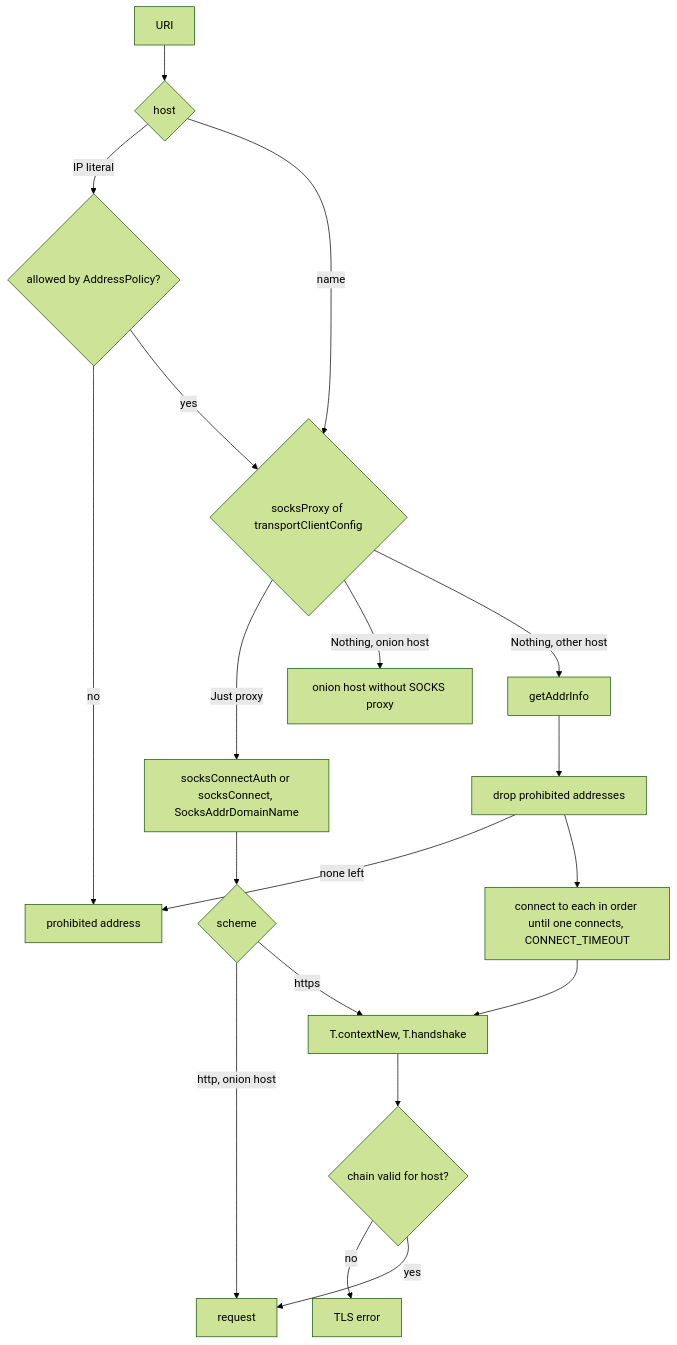
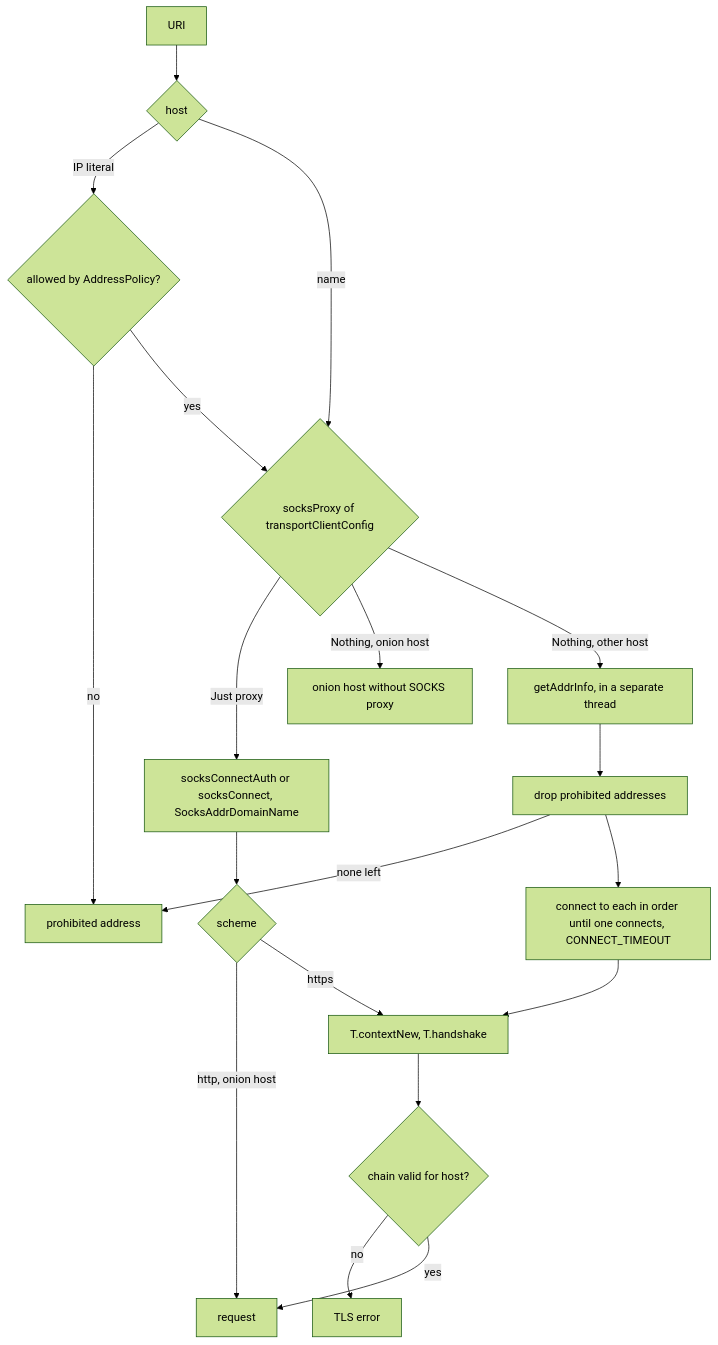
The fourth of 9 diagrams in plans/2026-11-21-link-previews-core.md (simplex-chat/simplex-chat), drawn with Mermaid (forest theme) before and after one commit. The commit also changed other lines of this file and 1 other file, not shown here.

````diff
--- a/plans/2026-11-21-link-previews-core.md
+++ b/plans/2026-11-21-link-previews-core.md
@@ -209,21 +209,21 @@
 ```mermaid
 flowchart TD
   U["URI"] --> H{"host"}
   H -->|"IP literal"| L{"allowed by AddressPolicy?"}
   L -->|no| X["prohibited address"]
   H -->|"name"| S
   L -->|yes| S{"socksProxy of transportClientConfig"}
   S -->|"Just proxy"| SP["socksConnectAuth or socksConnect, SocksAddrDomainName"]
   S -->|"Nothing, onion host"| XO["onion host without SOCKS proxy"]
-  S -->|"Nothing, other host"| D["getAddrInfo"]
+  S -->|"Nothing, other host"| D["getAddrInfo, in a separate thread"]
   D --> F["drop prohibited addresses"]
   F -->|none left| X
   F --> TC["connect to each in order until one connects, CONNECT_TIMEOUT"]
   SP --> SC{"scheme"}
   SC -->|"http, onion host"| R["request"]
   SC -->|https| TLS["T.contextNew, T.handshake"]
   TC --> TLS
   TLS --> V{"chain valid for host?"}
   V -->|no| E["TLS error"]
   V -->|yes| R
 ```
````
